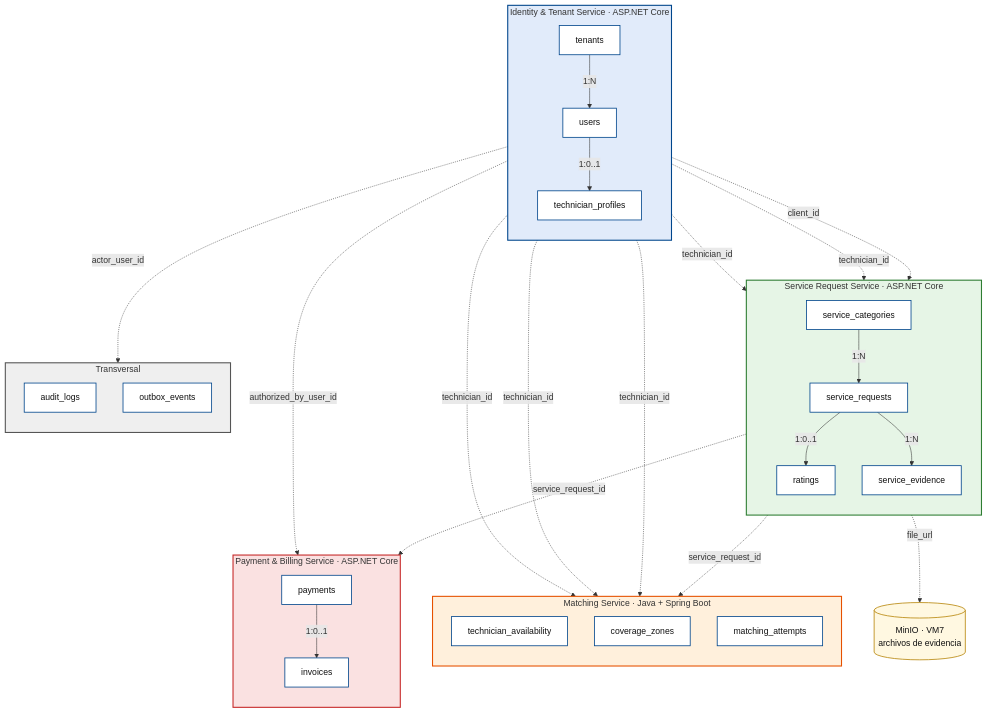
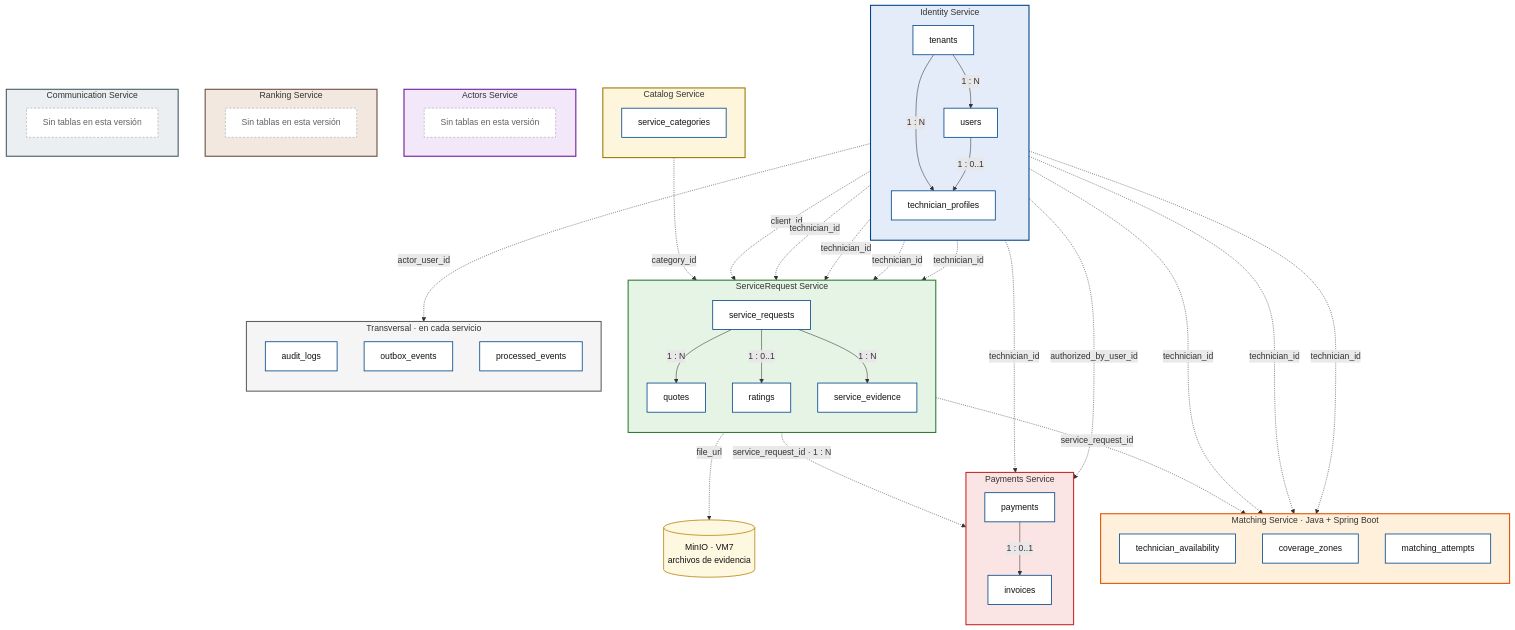
The first of 5 diagrams in Documentos/DDv2.md (sebas0430/Arquitectura), drawn with Mermaid before and after one commit. The commit also changed other lines of this file, not shown here.

````diff
--- a/Documentos/DDv2.md
+++ b/Documentos/DDv2.md
@@ -151,65 +134,93 @@
 ```mermaid
 flowchart TB
-    classDef entity fill:#ffffff,stroke:#00468C,stroke-width:1.5px,color:#111
-    classDef store fill:#FFF8E1,stroke:#B8860B,stroke-width:1.5px,color:#111
+    classDef entity fill:#FFFFFF,stroke:#00468C,stroke-width:1.5px,color:#111111
+    classDef empty fill:#FFFFFF,stroke:#9E9E9E,stroke-width:1px,stroke-dasharray:4 3,color:#616161
+    classDef store fill:#FFF8E1,stroke:#B8860B,stroke-width:1.5px,color:#111111
 
-    subgraph IDT["Identity & Tenant Service · ASP.NET Core"]
+    subgraph IDN["Identity Service"]
         direction TB
-        TEN[tenants]:::entity
-        USR[users]:::entity
-        TEC[technician_profiles]:::entity
-        TEN -->|1:N| USR
-        USR -->|1:0..1| TEC
+        tenants["tenants"]:::entity
+        users["users"]:::entity
+        technician_profiles["technician_profiles"]:::entity
+        tenants -->|"1 : N"| users
+        tenants -->|"1 : N"| technician_profiles
+        users -->|"1 : 0..1"| technician_profiles
     end
 
-    subgraph SRQ["Service Request Service · ASP.NET Core"]
+    subgraph CAT["Catalog Service"]
         direction TB
-        CAT[service_categories]:::entity
-        REQ[service_requests]:::entity
-        RAT[ratings]:::entity
-        EVI[service_evidence]:::entity
-        CAT -->|1:N| REQ
-        REQ -->|1:0..1| RAT
-        REQ -->|1:N| EVI
+        service_categories["service_categories"]:::entity
+    end
+
+    subgraph SRQ["ServiceRequest Service"]
+        direction TB
+        service_requests["service_requests"]:::entity
+        quotes["quotes"]:::entity
+        ratings["ratings"]:::entity
+        service_evidence["service_evidence"]:::entity
+        service_requests -->|"1 : N"| quotes
+        service_requests -->|"1 : 0..1"| ratings
+        service_requests -->|"1 : N"| service_evidence
     end
 
     subgraph MAT["Matching Service · Java + Spring Boot"]
         direction TB
-        AVA[technician_availability]:::entity
-        ZON[coverage_zones]:::entity
-        ATT[matching_attempts]:::entity
+        technician_availability["technician_availability"]:::entity
+        coverage_zones["coverage_zones"]:::entity
+        matching_attempts["matching_attempts"]:::entity
     end
 
-    subgraph PAY["Payment & Billing Service · ASP.NET Core"]
+    subgraph PAY["Payments Service"]
         direction TB
-        PYM[payments]:::entity
-        INV[invoices]:::entity
-        PYM -->|1:0..1| INV
+        payments["payments"]:::entity
+        invoices["invoices"]:::entity
+        payments -->|"1 : 0..1"| invoices
     end
 
-    subgraph TRV["Transversal"]
-        direction TB
-        AUD[audit_logs]:::entity
-        OUT[outbox_events]:::entity
+    subgraph ACT["Actors Service"]
+        act_empty["Sin tablas en esta versión"]:::empty
     end
 
-    MINIO[("MinIO · VM7<br/>archivos de evidencia")]:::store
+    subgraph RNK["Ranking Service"]
+        rnk_empty["Sin tablas en esta versión"]:::empty
+    end
 
-    USR -.->|client_id| REQ
-    TEC -.->|technician_id| REQ
-    TEC -.->|technician_id| AVA
-    TEC -.->|technician_id| ZON
-    TEC -.->|technician_id| ATT
-    TEC -.->|technician_id| EVI
-    REQ -.->|service_request_id| ATT
-    REQ -.->|service_request_id| PYM
-    USR -.->|authorized_by_user_id| PYM
-    USR -.->|actor_user_id| AUD
-    EVI -.->|file_url| MINIO
+    subgraph COM["Communication Service"]
+        com_empty["Sin tablas en esta versión"]:::empty
+    end
 
-    style IDT fill:#E1EBFA,stroke:#00468C,stroke-width:2px
-    style SRQ fill:#E6F5E6,stroke:#2E7D32,stroke-width:2px
+    subgraph TRV["Transversal · en cada servicio"]
+        direction TB
+        audit_logs["audit_logs"]:::entity
+        outbox_events["outbox_events"]:::entity
+        processed_events["processed_events"]:::entity
+    end
+
+    minio[("MinIO · VM7<br/>archivos de evidencia")]:::store
+
+    users -.->|"client_id"| service_requests
+    technician_profiles -.->|"technician_id"| service_requests
+    service_categories -.->|"category_id"| service_requests
+    technician_profiles -.->|"technician_id"| technician_availability
+    technician_profiles -.->|"technician_id"| coverage_zones
+    technician_profiles -.->|"technician_id"| matching_attempts
+    service_requests -.->|"service_request_id"| matching_attempts
+    technician_profiles -.->|"technician_id"| quotes
+    technician_profiles -.->|"technician_id"| ratings
+    technician_profiles -.->|"technician_id"| service_evidence
+    service_requests -.->|"service_request_id · 1 : N"| payments
+    technician_profiles -.->|"technician_id"| payments
+    users -.->|"authorized_by_user_id"| payments
+    users -.->|"actor_user_id"| audit_logs
+    service_evidence -.->|"file_url"| minio
+
+    style IDN fill:#E3ECF8,stroke:#00468C,stroke-width:2px
+    style CAT fill:#FDF6DD,stroke:#9A7B00,stroke-width:2px
+    style SRQ fill:#E6F4E6,stroke:#2E7D32,stroke-width:2px
     style MAT fill:#FFF0DC,stroke:#E65100,stroke-width:2px
-    style PAY fill:#FAE1E1,stroke:#C62828,stroke-width:2px
-    style TRV fill:#EFEFEF,stroke:#555555,stroke-width:2px
+    style PAY fill:#FBE4E4,stroke:#C62828,stroke-width:2px
+    style ACT fill:#F3E8FA,stroke:#6A1B9A,stroke-width:2px
+    style RNK fill:#F2E8DF,stroke:#6D4C41,stroke-width:2px
+    style COM fill:#ECEFF1,stroke:#455A64,stroke-width:2px
+    style TRV fill:#F5F5F5,stroke:#616161,stroke-width:2px
 ```
````
